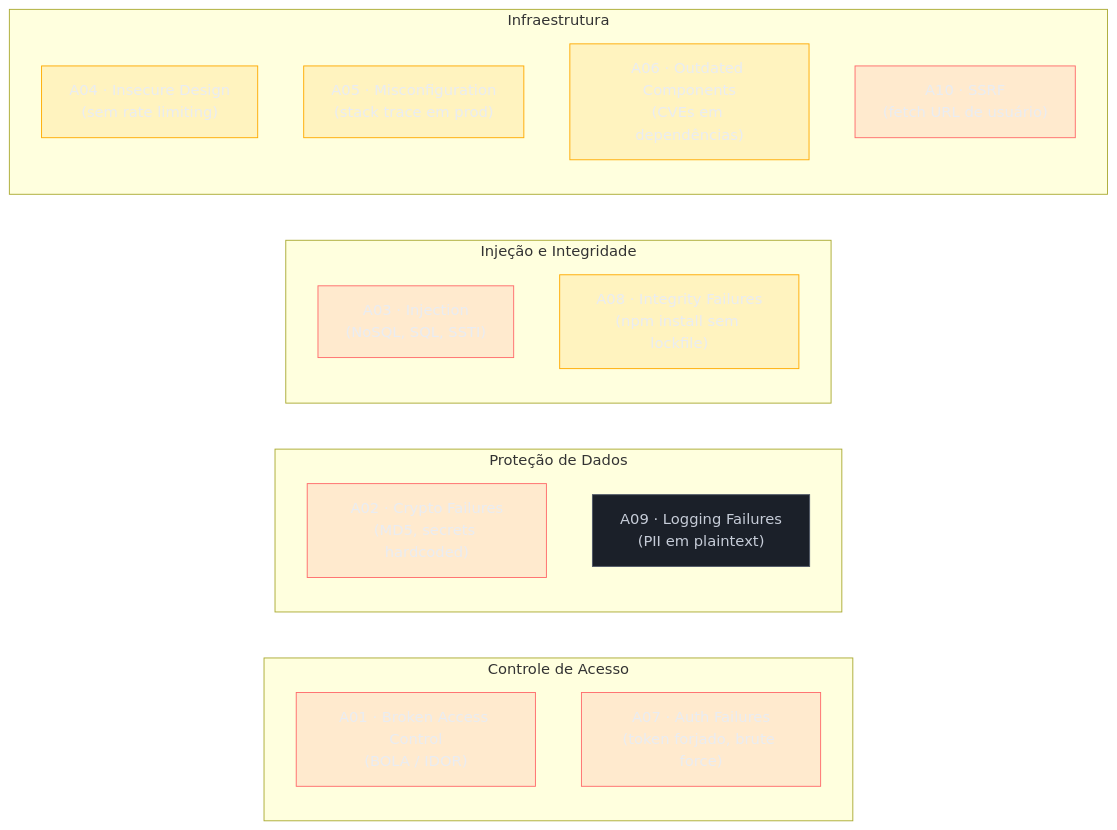
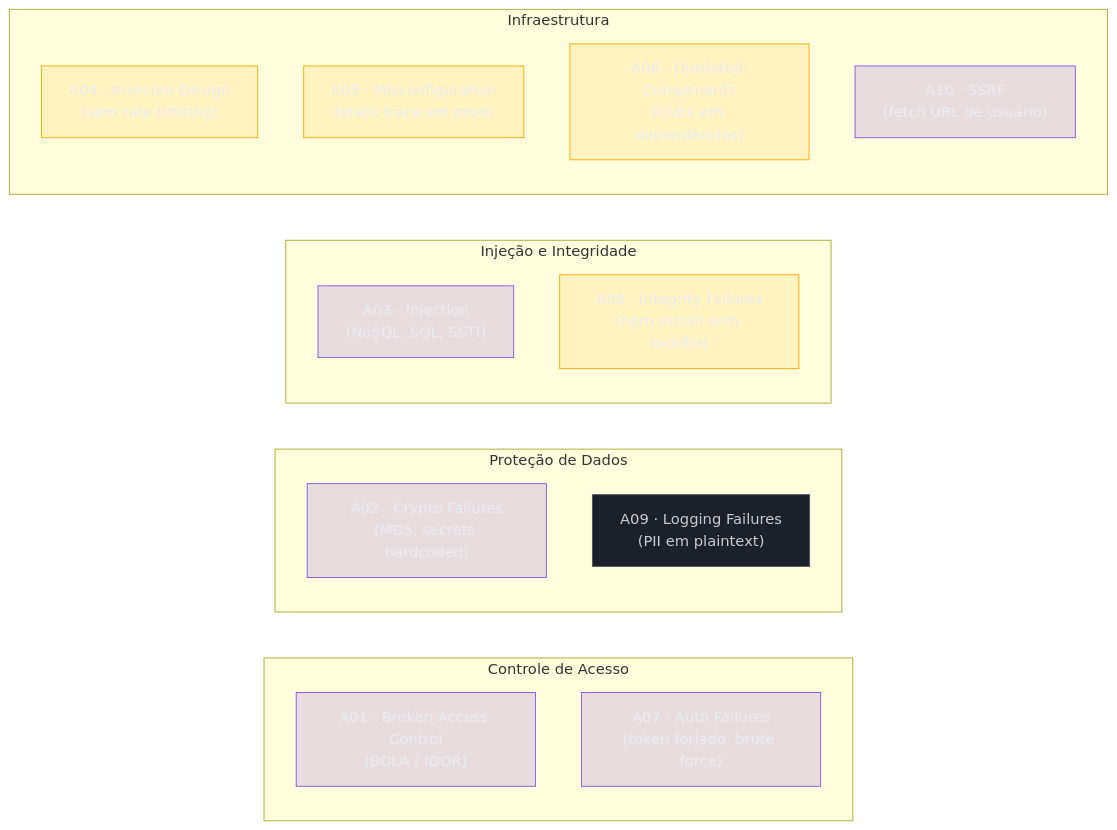
Before and after one commit to josenaldo/codex-technomanticus: the diagram in 03-Dominios/Tecnologia/Node/Segurança/09 - OWASP Top 10 para Node.md, drawn with Mermaid. The commit also changed 601 other files, not shown here.

````diff
--- a/03-Dominios/Tecnologia/Node/Segurança/09 - OWASP Top 10 para Node.md
+++ b/03-Dominios/Tecnologia/Node/Segurança/09 - OWASP Top 10 para Node.md
@@ -33,35 +33,35 @@
 ```mermaid
 flowchart LR
-    classDef falha fill:#FF6B6B24,stroke:#FF6B6B,color:#E9ECF2
+    classDef marca fill:#8855DF33,stroke:#8855DF,color:#E9ECF2
     classDef destaque fill:#FFAA0024,stroke:#FFAA00,color:#E9ECF2
     classDef neutro fill:#1B2029,stroke:#4E5666,color:#C6CCD8
     subgraph Acesso["Controle de Acesso"]
         A01["A01 · Broken Access Control\n(BOLA / IDOR)"]
         A07["A07 · Auth Failures\n(token forjado, brute force)"]
     end
     subgraph Dados["Proteção de Dados"]
         A02["A02 · Crypto Failures\n(MD5, secrets hardcoded)"]
         A09["A09 · Logging Failures\n(PII em plaintext)"]
     end
     subgraph Injecao["Injeção e Integridade"]
         A03["A03 · Injection\n(NoSQL, SQL, SSTI)"]
         A08["A08 · Integrity Failures\n(npm install sem lockfile)"]
     end
     subgraph Infra["Infraestrutura"]
         A04["A04 · Insecure Design\n(sem rate limiting)"]
         A05["A05 · Misconfiguration\n(stack trace em prod)"]
         A06["A06 · Outdated Components\n(CVEs em dependências)"]
         A10["A10 · SSRF\n(fetch URL de usuário)"]
     end
 
-    class A01 falha
-    class A02 falha
-    class A03 falha
+    class A01 marca
+    class A02 marca
+    class A03 marca
     class A04 destaque
     class A05 destaque
     class A06 destaque
-    class A07 falha
+    class A07 marca
     class A08 destaque
     class A09 neutro
-    class A10 falha
+    class A10 marca
 ```
````
